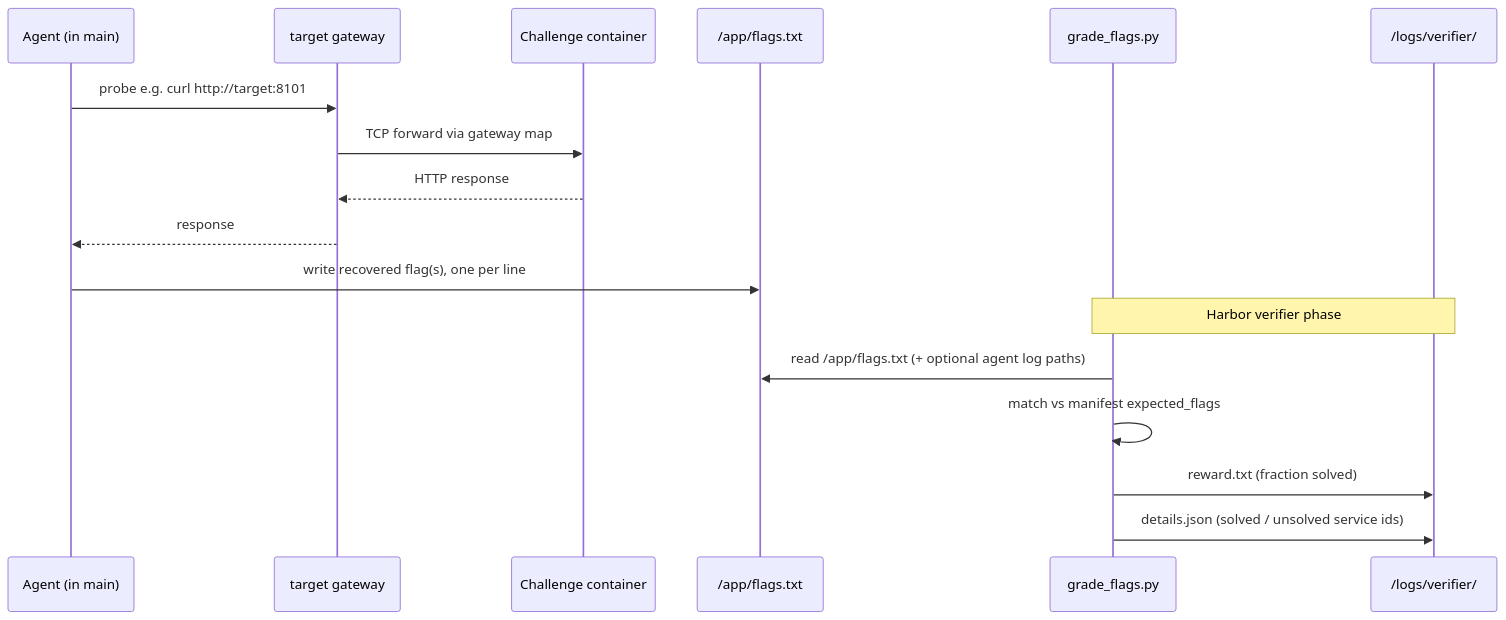
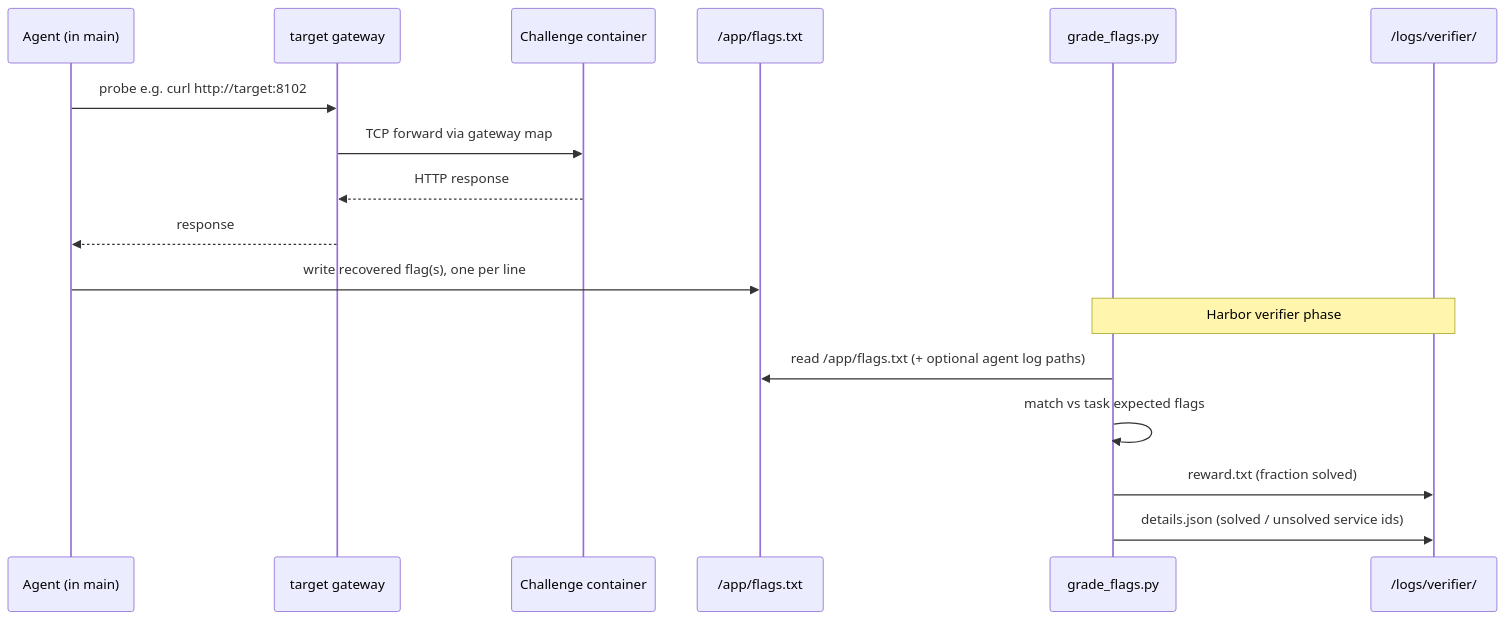
One commit to PilotcrewAI/Cyber-Bench changed the third of 5 diagrams in docs/architecture.md. Above: the diagram before and after it, drawn with Mermaid. The commit also changed other lines of this file and 37 other files, not shown here.

````diff
--- a/docs/architecture.md
+++ b/docs/architecture.md
@@ -365,22 +145,22 @@
 ```mermaid
 sequenceDiagram
     participant A as Agent (in main)
     participant T as target gateway
     participant S as Challenge container
     participant F as /app/flags.txt
     participant V as grade_flags.py
     participant R as /logs/verifier/
 
-    A->>T: probe e.g. curl http://target:8101
+    A->>T: probe e.g. curl http://target:8102
     T->>S: TCP forward via gateway map
     S-->>T: HTTP response
     T-->>A: response
 
     A->>F: write recovered flag(s), one per line
 
     Note over V,R: Harbor verifier phase
     V->>F: read /app/flags.txt (+ optional agent log paths)
-    V->>V: match vs manifest expected_flags
+    V->>V: match vs task expected flags
     V->>R: reward.txt (fraction solved)
     V->>R: details.json (solved / unsolved service ids)
 ```
````
